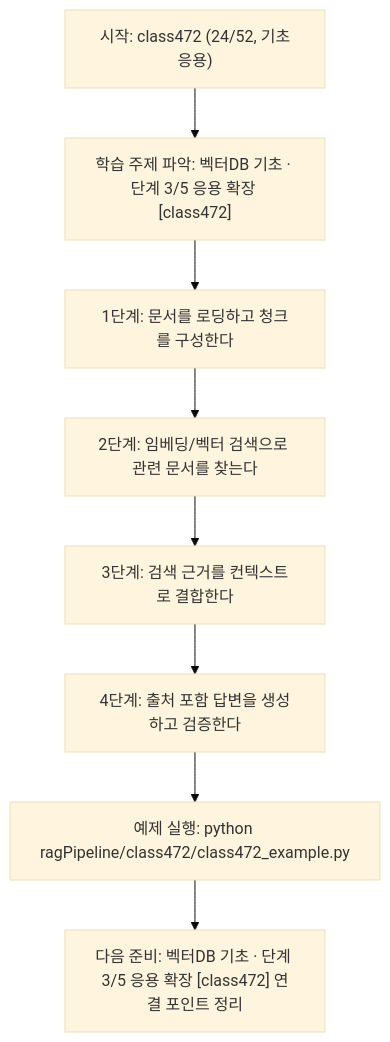
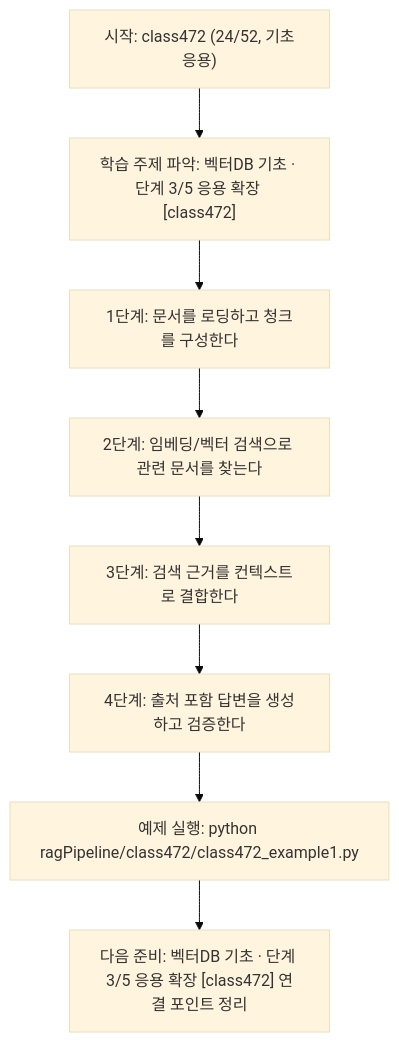
The diagram in ragPipeline/class472/class472.md (edumgt/Python-AI_Agent-Class), drawn with Mermaid (base theme) before and after one commit. The commit also changed other lines of this file and 2959 other files, not shown here.

````diff
--- a/ragPipeline/class472/class472.md
+++ b/ragPipeline/class472/class472.md
@@ -111,18 +111,18 @@
 ```mermaid
 flowchart TD
 N1["시작: class472 (24/52, 기초응용)"]
 N2["학습 주제 파악: 벡터DB 기초 · 단계 3/5 응용 확장 [class472]"]
 N3["1단계: 문서를 로딩하고 청크를 구성한다"]
 N4["2단계: 임베딩/벡터 검색으로 관련 문서를 찾는다"]
 N5["3단계: 검색 근거를 컨텍스트로 결합한다"]
 N6["4단계: 출처 포함 답변을 생성하고 검증한다"]
-N7["예제 실행: python ragPipeline/class472/class472_example.py"]
+N7["예제 실행: python ragPipeline/class472/class472_example1.py"]
 N8["다음 준비: 벡터DB 기초 · 단계 3/5 응용 확장 [class472] 연결 포인트 정리"]
 N1 --> N2
 N2 --> N3
 N3 --> N4
 N4 --> N5
 N5 --> N6
 N6 --> N7
 N7 --> N8
 ```
````
